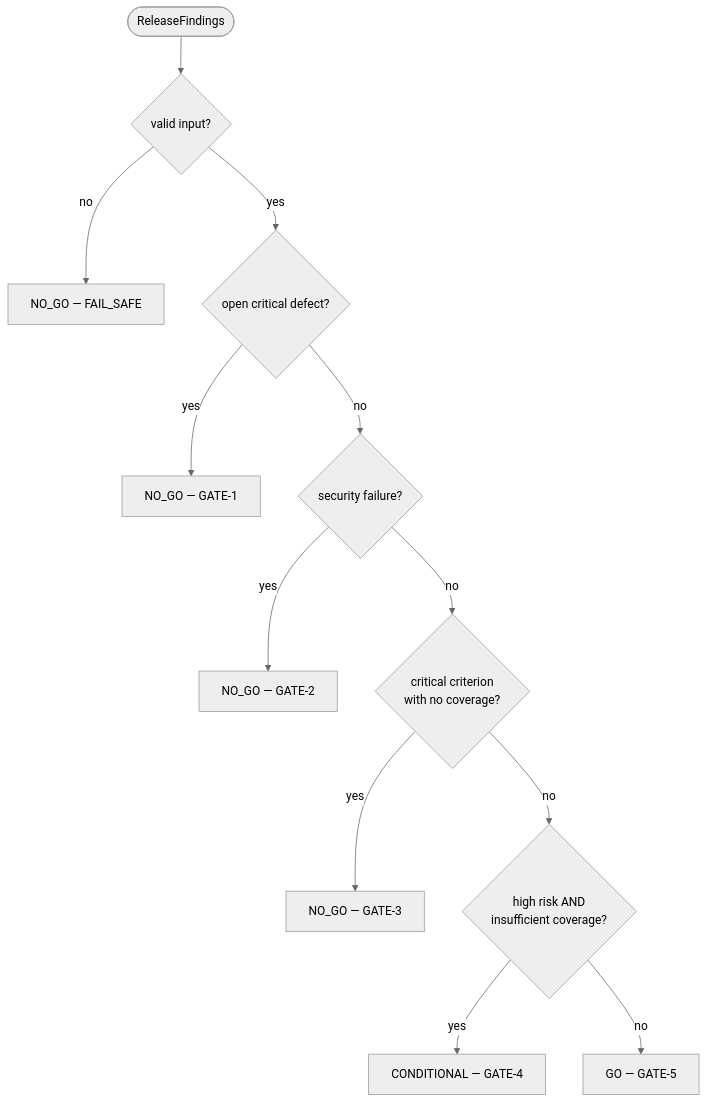
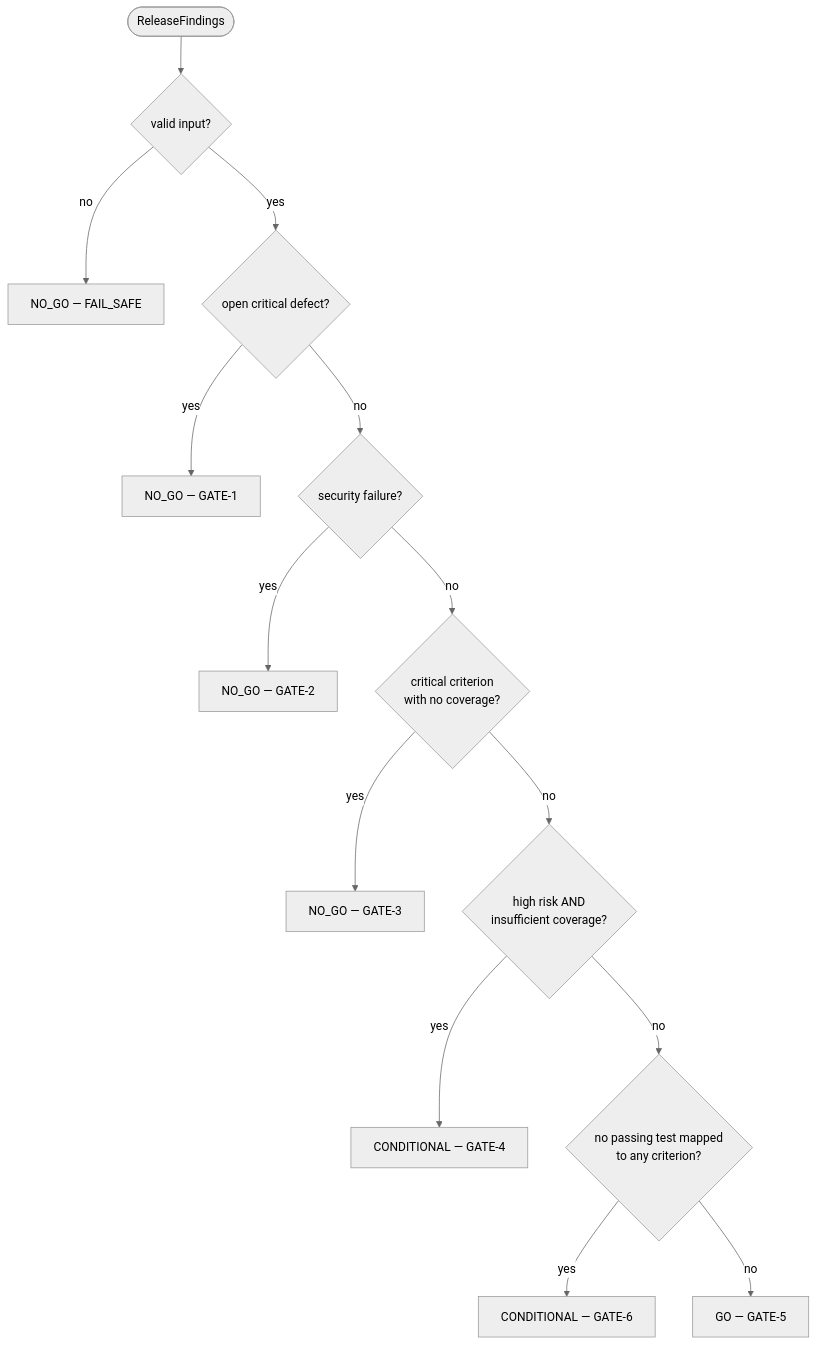
One commit to rizwana-qa/ai-qa-release-risk-agent changed the third of 3 diagrams in README.md. Above: the diagram before and after it, drawn with Mermaid (neutral theme). The commit also changed other lines of this file and 16 other files, not shown here.

````diff
--- a/README.md
+++ b/README.md
@@ -138,14 +146,16 @@
 ```mermaid
 flowchart TD
     S(["ReleaseFindings"]) --> Q0{"valid input?"}
     Q0 -- no --> FS["NO_GO — FAIL_SAFE"]
     Q0 -- yes --> Q1{"open critical defect?"}
     Q1 -- yes --> N1["NO_GO — GATE-1"]
     Q1 -- no --> Q2{"security failure?"}
     Q2 -- yes --> N2["NO_GO — GATE-2"]
     Q2 -- no --> Q3{"critical criterion<br/>with no coverage?"}
     Q3 -- yes --> N3["NO_GO — GATE-3"]
     Q3 -- no --> Q4{"high risk AND<br/>insufficient coverage?"}
     Q4 -- yes --> C4["CONDITIONAL — GATE-4"]
-    Q4 -- no --> G5["GO — GATE-5"]
+    Q4 -- no --> Q6{"no passing test mapped<br/>to any criterion?"}
+    Q6 -- yes --> C6["CONDITIONAL — GATE-6"]
+    Q6 -- no --> G5["GO — GATE-5"]
 ```
````
